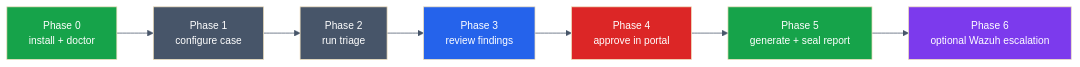
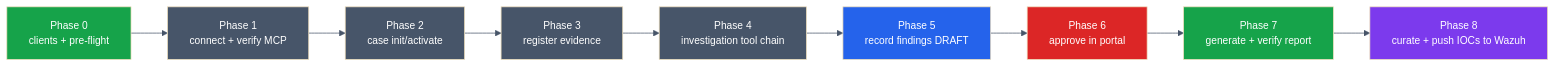
One commit to galvangabriel-web/agentropix-mcp changed the diagram in docs/01-overview/user-guide.md. Above: the diagram before and after it, drawn with Mermaid. The commit also changed other lines of this file and 2 other files, not shown here.

````diff
--- a/docs/01-overview/user-guide.md
+++ b/docs/01-overview/user-guide.md
@@ -29,17 +48,21 @@
 ```mermaid
 %%{init: {"theme":"base","themeVariables":{"fontFamily":"ui-sans-serif, system-ui","fontSize":"14px","lineColor":"#475569"}}}%%
 flowchart LR
-  P0[Phase 0<br/>install + doctor] --> P1[Phase 1<br/>configure case]
-  P1 --> P2[Phase 2<br/>run triage]
-  P2 --> P3[Phase 3<br/>review findings]
-  P3 --> P4[Phase 4<br/>approve in portal]
-  P4 --> P5[Phase 5<br/>generate + seal report]
-  P5 --> P6[Phase 6<br/>optional Wazuh escalation]
+  P0[Phase 0<br/>clients + pre-flight] --> P1[Phase 1<br/>connect + verify MCP]
+  P1 --> P2[Phase 2<br/>case init/activate]
+  P2 --> P3[Phase 3<br/>register evidence]
+  P3 --> P4[Phase 4<br/>investigation tool chain]
+  P4 --> P5[Phase 5<br/>record findings DRAFT]
+  P5 --> P6[Phase 6<br/>approve in portal]
+  P6 --> P7[Phase 7<br/>generate + verify report]
+  P7 --> P8[Phase 8<br/>curate + push IOCs to Wazuh]
   style P0 fill:#16a34a,color:#fff
   style P1 fill:#475569,color:#fff
   style P2 fill:#475569,color:#fff
-  style P3 fill:#2563eb,color:#fff
-  style P4 fill:#dc2626,color:#fff
-  style P5 fill:#16a34a,color:#fff
-  style P6 fill:#7c3aed,color:#fff
+  style P3 fill:#475569,color:#fff
+  style P4 fill:#475569,color:#fff
+  style P5 fill:#2563eb,color:#fff
+  style P6 fill:#dc2626,color:#fff
+  style P7 fill:#16a34a,color:#fff
+  style P8 fill:#7c3aed,color:#fff
 ```
````
